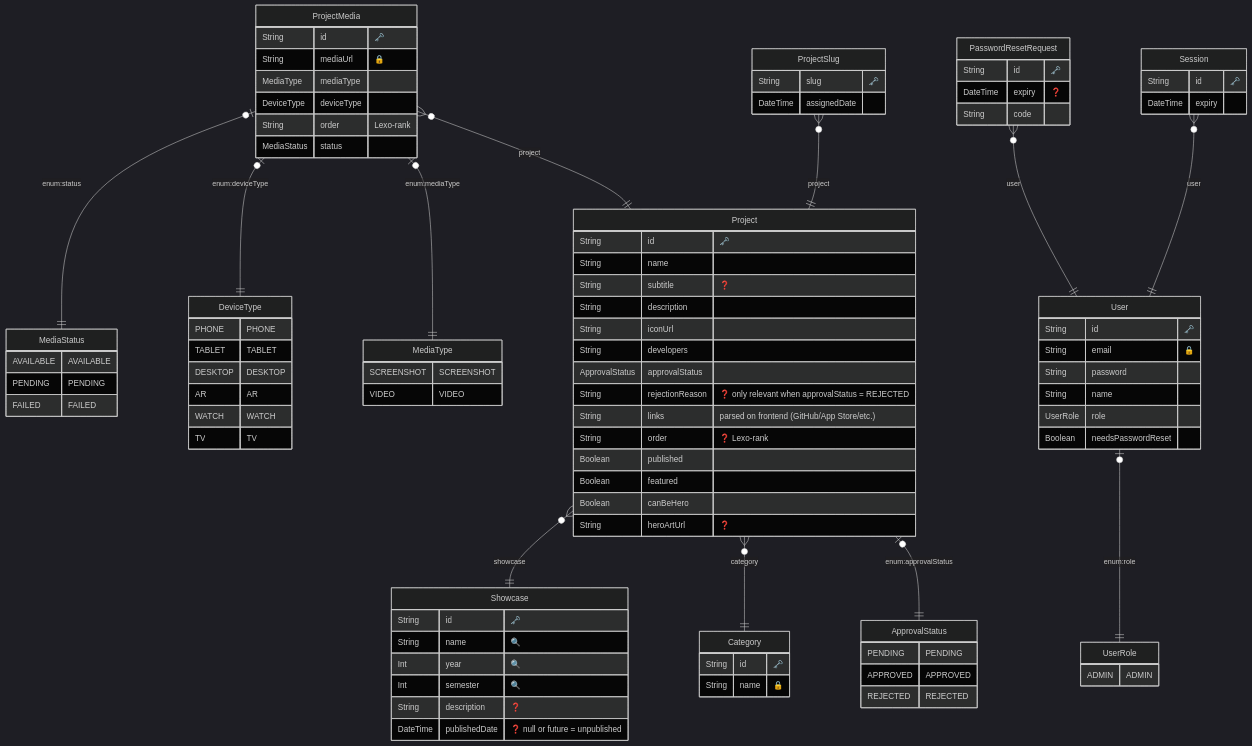
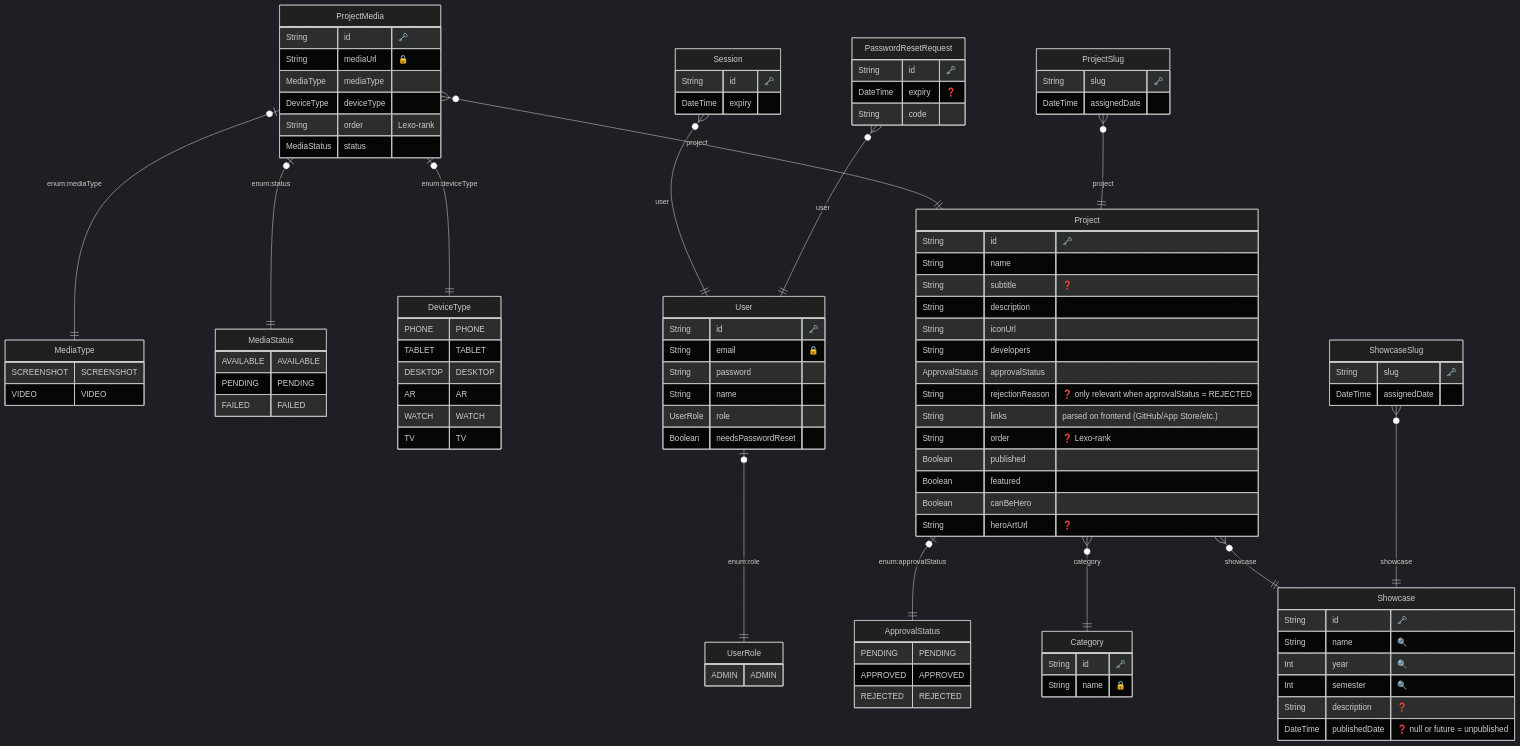
The diagram in shared/prisma/ERD.md (odisfm/hapi), drawn with Mermaid (dark theme) before and after one commit. The commit also changed 16 other files, not shown here.

````diff
--- a/shared/prisma/ERD.md
+++ b/shared/prisma/ERD.md
@@ -105,6 +105,12 @@
     }
   
 
+  "ShowcaseSlug" {
+    String slug "🗝️"
+    DateTime assignedDate 
+    }
+  
+
   "PasswordResetRequest" {
     String id "🗝️"
     DateTime expiry "❓"
@@ -121,5 +127,6 @@
     "ProjectMedia" |o--|| "DeviceType" : "enum:deviceType"
     "ProjectMedia" |o--|| "MediaStatus" : "enum:status"
     "ProjectSlug" }o--|| "Project" : "project"
+    "ShowcaseSlug" }o--|| "Showcase" : "showcase"
     "PasswordResetRequest" }o--|| "User" : "user"
 ```
````
